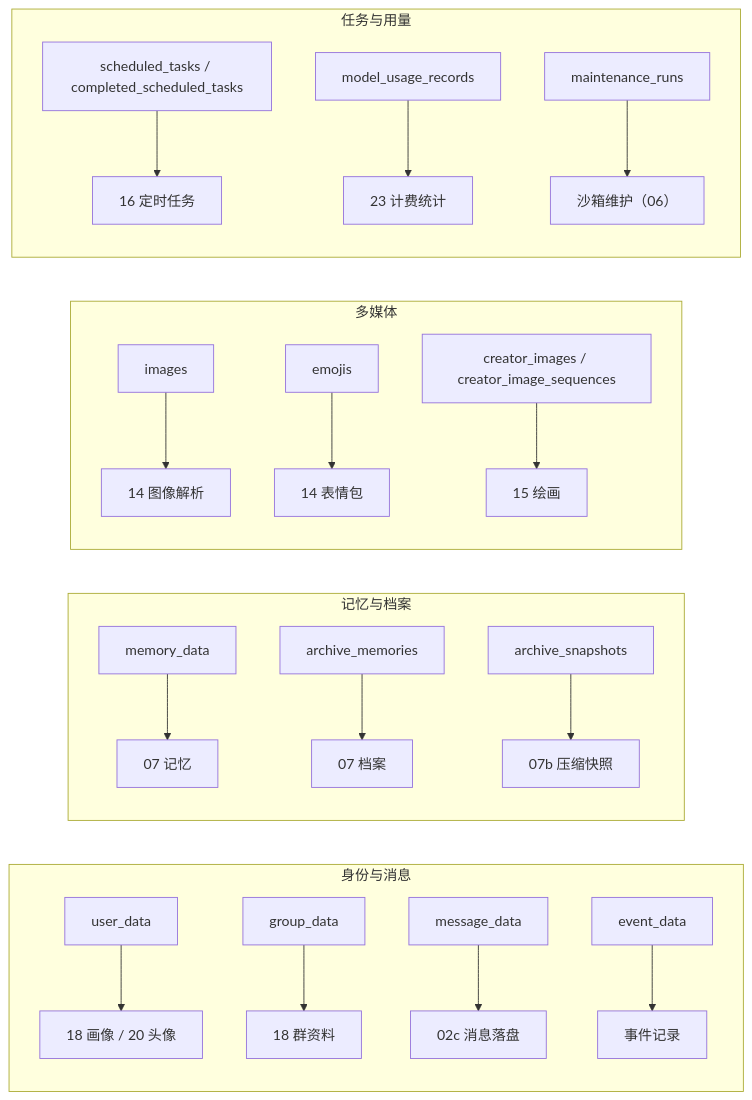
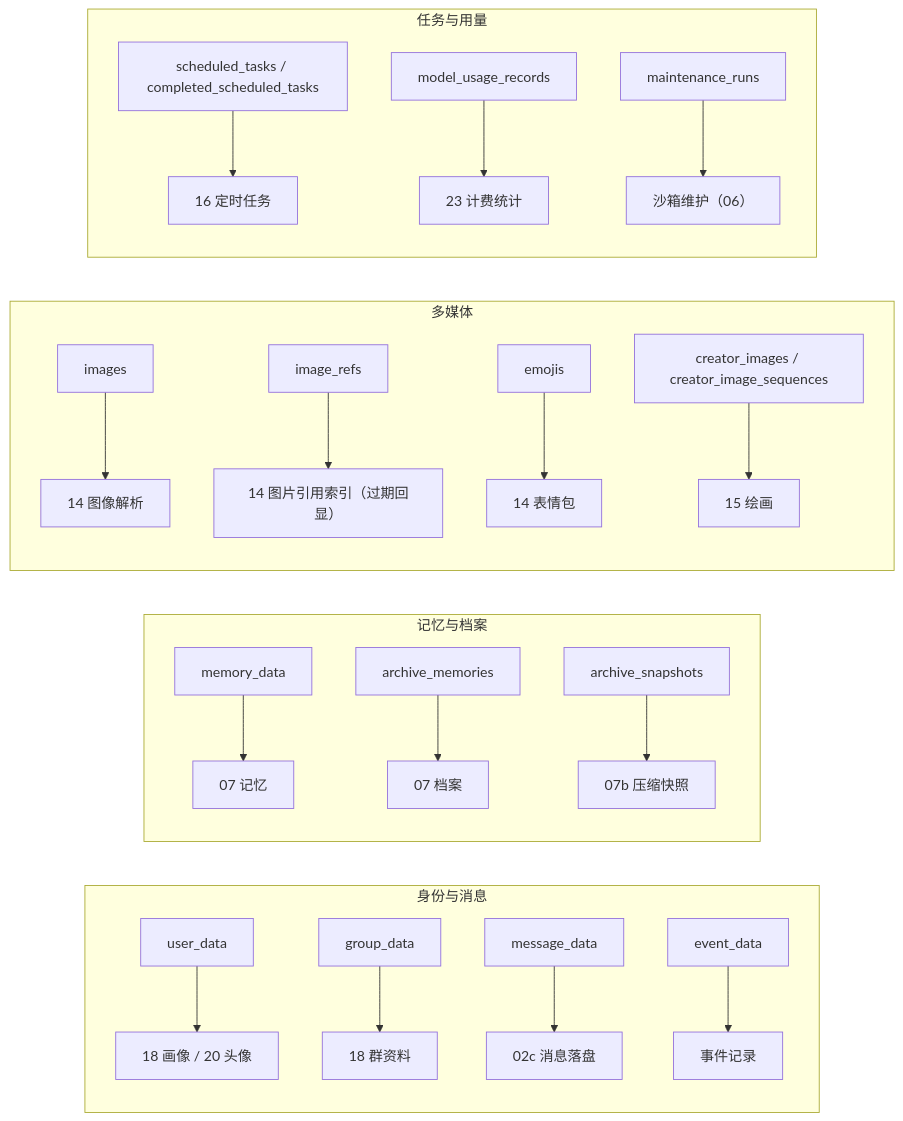
Before and after one commit to SuperQuail/NeoBot: the seventh of 9 diagrams in docs/flow/22-storage-migrations.md, drawn with Mermaid. The commit also changed other lines of this file and 59 other files, not shown here.

First line of the commit message:
chore(release): 发布 1.2.4-a2（缺陷修复与图片、回复优化） (#79)

````diff
--- a/docs/flow/22-storage-migrations.md
+++ b/docs/flow/22-storage-migrations.md
@@ -159,24 +159,25 @@
 ```mermaid
 flowchart LR
     subgraph 身份与消息
       T1["user_data"] --> W1["18 画像 / 20 头像"]
       T2["group_data"] --> W2["18 群资料"]
       T3["message_data"] --> W3["02c 消息落盘"]
       T4["event_data"] --> W4["事件记录"]
     end
     subgraph 记忆与档案
       T5["memory_data"] --> W5["07 记忆"]
       T6["archive_memories"] --> W6["07 档案"]
       T7["archive_snapshots"] --> W7["07b 压缩快照"]
     end
     subgraph 多媒体
       T8["images"] --> W8["14 图像解析"]
+      T8b["image_refs"] --> W8b["14 图片引用索引（过期回显）"]
       T9["emojis"] --> W9["14 表情包"]
       T10["creator_images / creator_image_sequences"] --> W10["15 绘画"]
     end
     subgraph 任务与用量
       T11["scheduled_tasks / completed_scheduled_tasks"] --> W11["16 定时任务"]
       T12["model_usage_records"] --> W12["23 计费统计"]
       T13["maintenance_runs"] --> W13["沙箱维护（06）"]
     end
 ```
````
